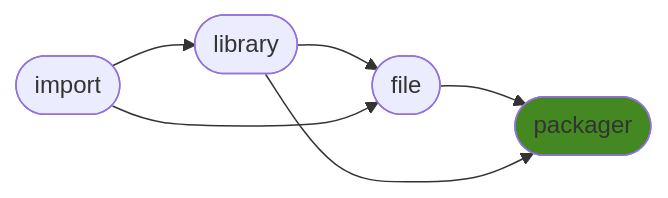
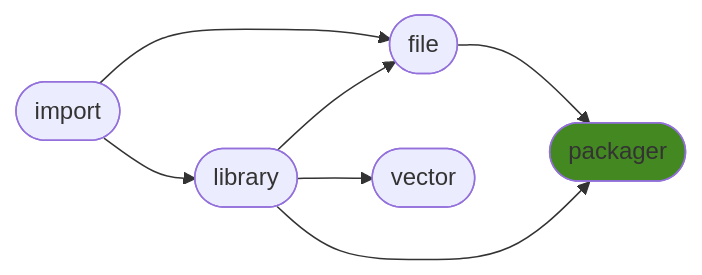
One commit to ManderaGeneral/generalpackager changed the diagram in README.md. Above: the diagram before and after it, drawn with Mermaid. The commit also changed other lines of this file, not shown here.

````diff
--- a/README.md
+++ b/README.md
@@ -24,13 +24,15 @@
 ```mermaid
 flowchart LR
-2([file]) --> 3([packager])
+0([import]) --> 1([library])
+2([file]) --> 4([packager])
+1([library]) --> 3([vector])
+0([import]) --> 2([file])
+1([library]) --> 4([packager])
 1([library]) --> 2([file])
-0([import]) --> 1([library])
-0([import]) --> 2([file])
-1([library]) --> 3([packager])
 click 0 "https://github.com/ManderaGeneral/generalimport"
 click 1 "https://github.com/ManderaGeneral/generallibrary"
 click 2 "https://github.com/ManderaGeneral/generalfile"
-click 3 "https://github.com/ManderaGeneral/generalpackager"
-style 3 fill:#482
+click 3 "https://github.com/ManderaGeneral/generalvector"
+click 4 "https://github.com/ManderaGeneral/generalpackager"
+style 4 fill:#482
 ```
````
